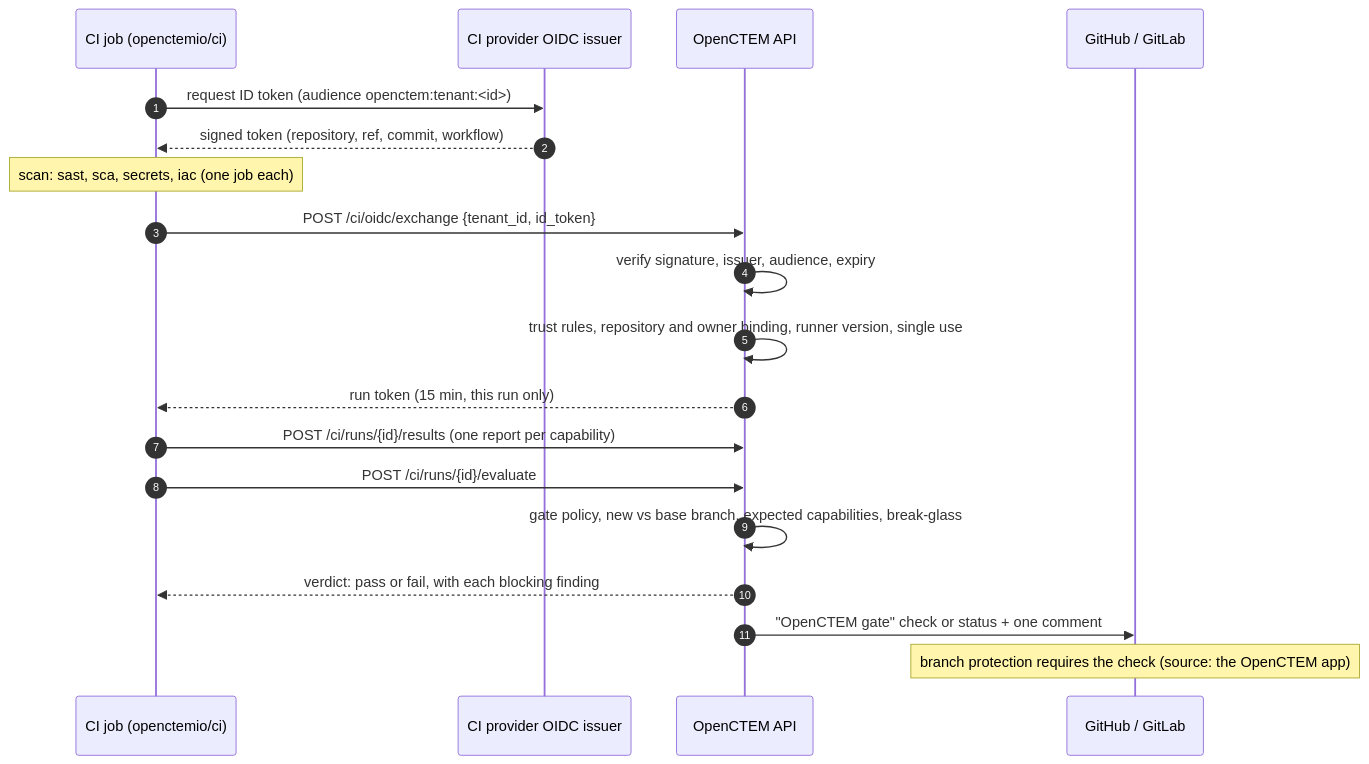
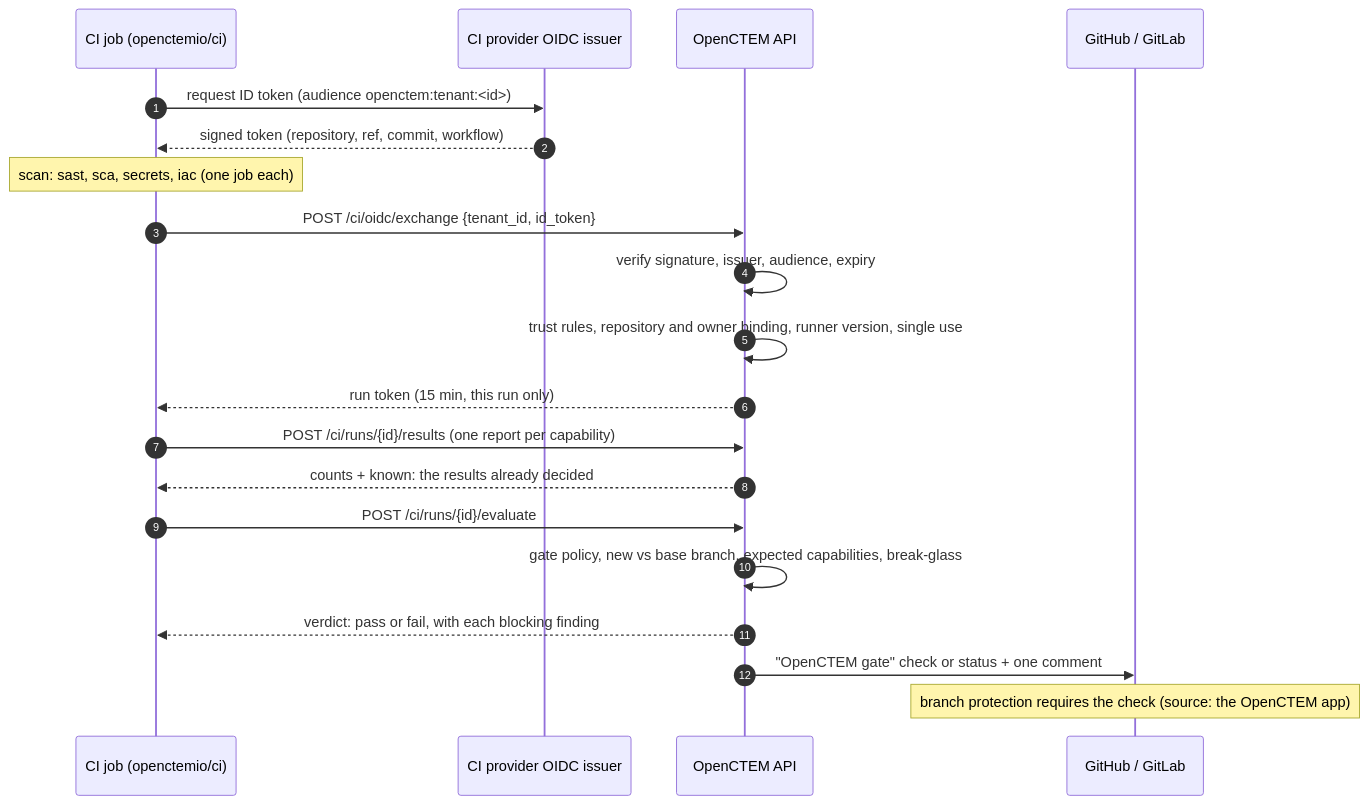
One commit to openctemio/docs changed the second of 3 diagrams in scanning/ci-integration.md. Above: the diagram before and after it, drawn with Mermaid. The commit also changed other lines of this file and 46 other files, not shown here.

````diff
--- a/scanning/ci-integration.md
+++ b/scanning/ci-integration.md
@@ -78,21 +90,22 @@
 ```mermaid
 sequenceDiagram
   autonumber
   participant Job as CI job (openctemio/ci)
   participant IdP as CI provider OIDC issuer
   participant API as OpenCTEM API
   participant Host as GitHub / GitLab
   Job->>IdP: request ID token (audience openctem:tenant:<id>)
   IdP-->>Job: signed token (repository, ref, commit, workflow)
   Note over Job: scan: sast, sca, secrets, iac (one job each)
   Job->>API: POST /ci/oidc/exchange {tenant_id, id_token}
   API->>API: verify signature, issuer, audience, expiry
   API->>API: trust rules, repository and owner binding, runner version, single use
   API-->>Job: run token (15 min, this run only)
   Job->>API: POST /ci/runs/{id}/results (one report per capability)
+  API-->>Job: counts + known: the results already decided
   Job->>API: POST /ci/runs/{id}/evaluate
   API->>API: gate policy, new vs base branch, expected capabilities, break-glass
   API-->>Job: verdict: pass or fail, with each blocking finding
   API->>Host: "OpenCTEM gate" check or status + one comment
   Note over Host: branch protection requires the check (source: the OpenCTEM app)
 ```
````
